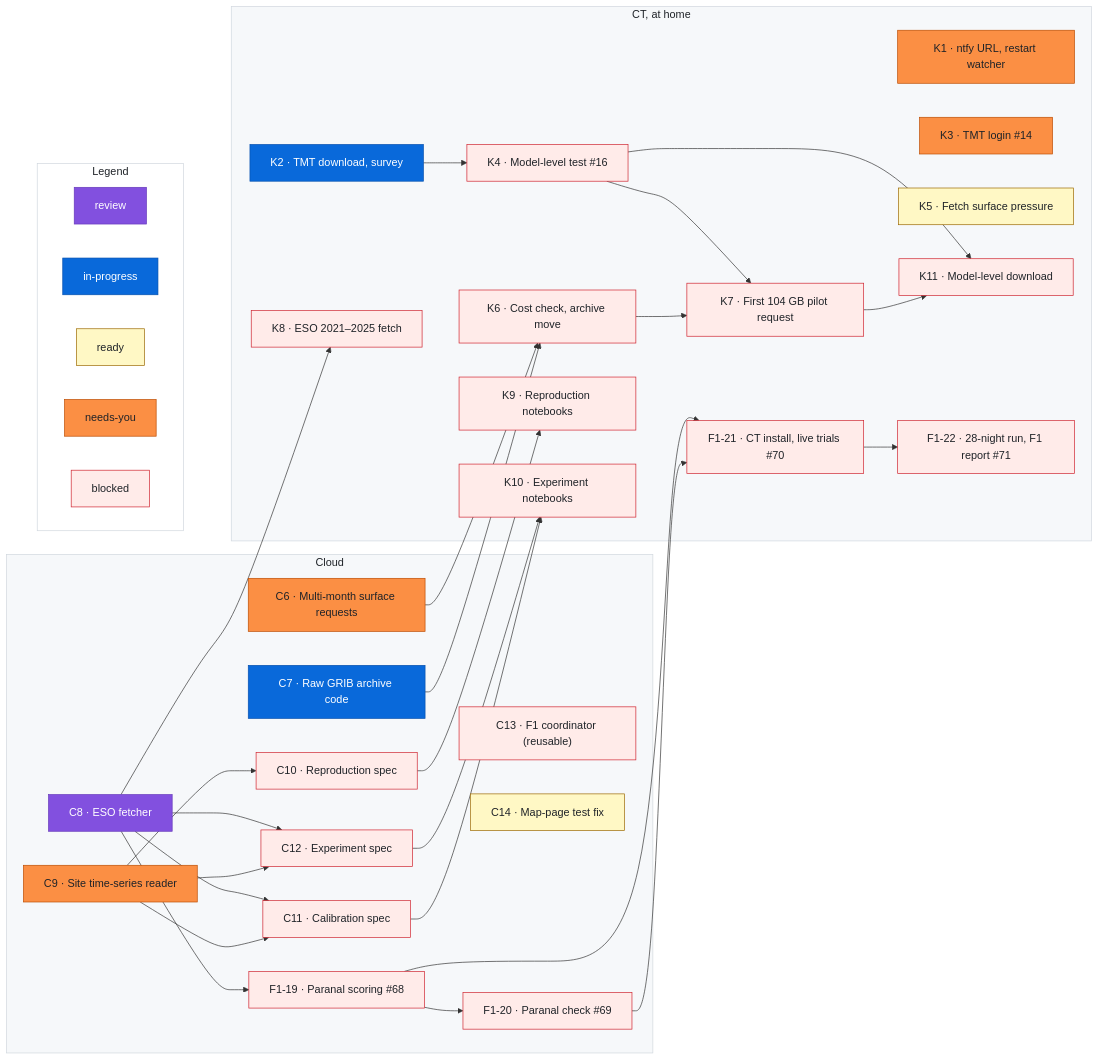
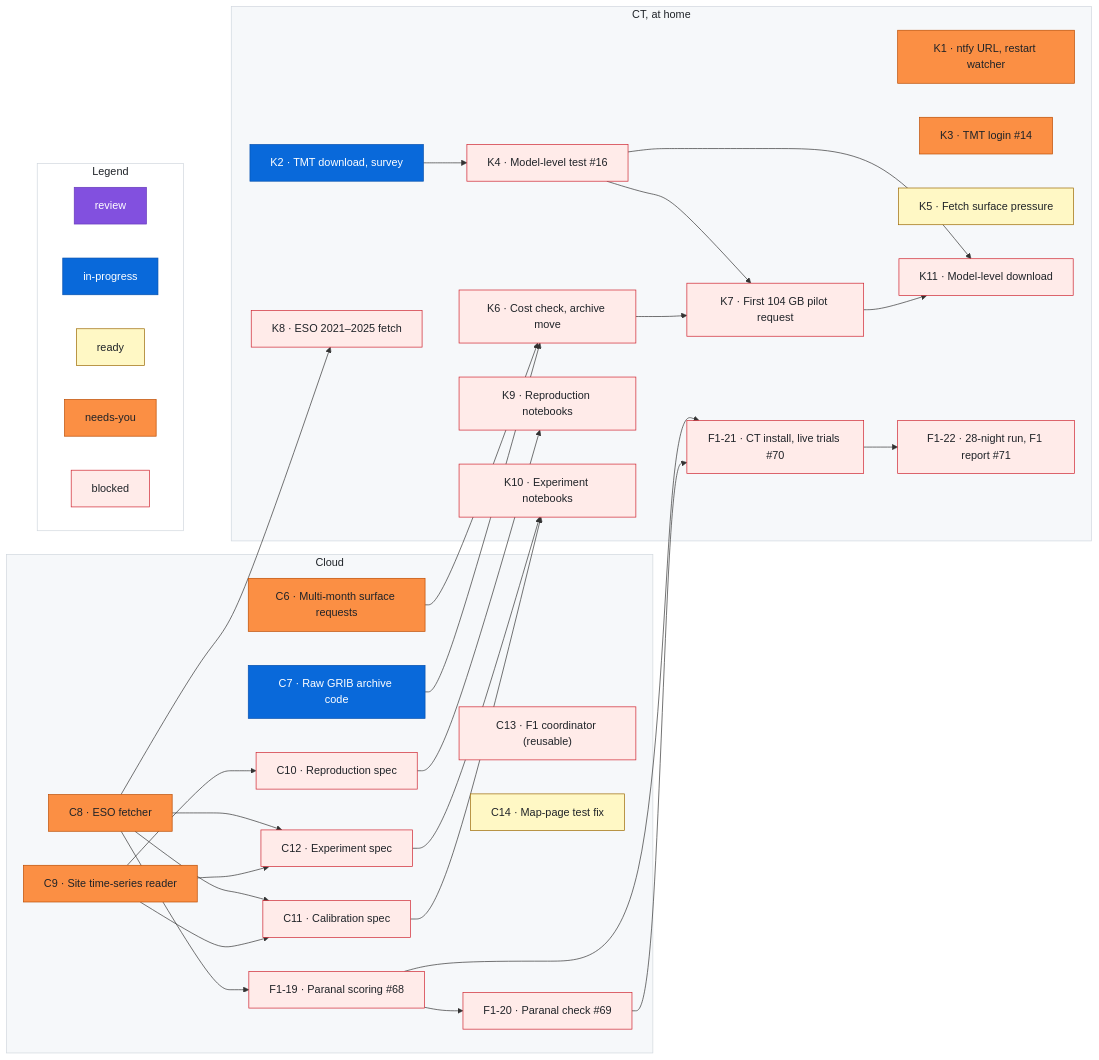
One commit to rrweller/Astro-seeing changed the diagram in docs/roadmap.md. Above: the diagram before and after it, drawn with Mermaid. The commit also changed other lines of this file, not shown here.

Commit message:
roadmap: C8 review → needs-you

```diff
--- a/docs/roadmap.md
+++ b/docs/roadmap.md
@@ -140,7 +140,7 @@
   %% ---
   class C7 inprogress
   %% ---
-  class C8 review
+  class C8 needsyou
   %% ---
   class C9 needsyou
   %% ---
```
